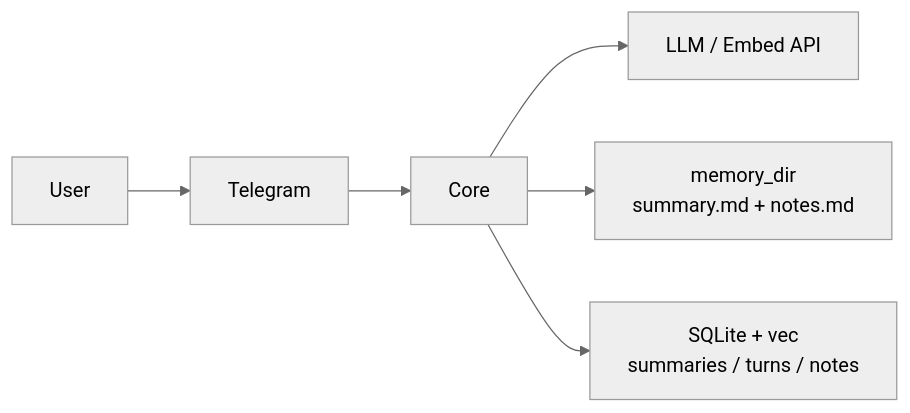
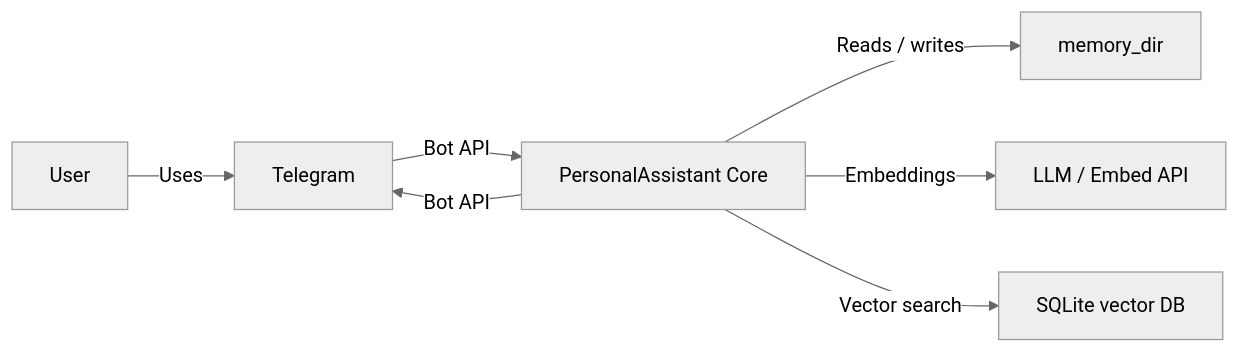
Before and after one commit to asubbot/personal-assistant: the diagram in ai-sdlc-artefacts/epics/EP-016/ep-requirements.md, drawn with Mermaid (neutral theme). The commit also changed other lines of this file and 30 other files, not shown here.

First line of the commit message:
feat(ep-016): split memory vectors, write_memory, read_memory notes

````diff
--- a/ai-sdlc-artefacts/epics/EP-016/ep-requirements.md
+++ b/ai-sdlc-artefacts/epics/EP-016/ep-requirements.md
@@ -55,8 +67,9 @@
 ```mermaid
 flowchart LR
-  User[User] --> Telegram[Telegram]
-  Telegram --> Core[Core]
-  Core --> LLM[LLM / Embed API]
-  Core --> FS["memory_dir\nsummary.md + notes.md"]
-  Core --> VS["SQLite + vec\nsummaries / turns / notes"]
+  User[User] -->|Uses| Telegram[Telegram]
+  Telegram -->|Bot API| PA[PersonalAssistant Core]
+  PA -->|Bot API| Telegram
+  PA -->|Reads / writes| FS[memory_dir]
+  PA -->|Embeddings| LLM[LLM / Embed API]
+  PA -->|Vector search| VDB[SQLite vector DB]
 ```
````
